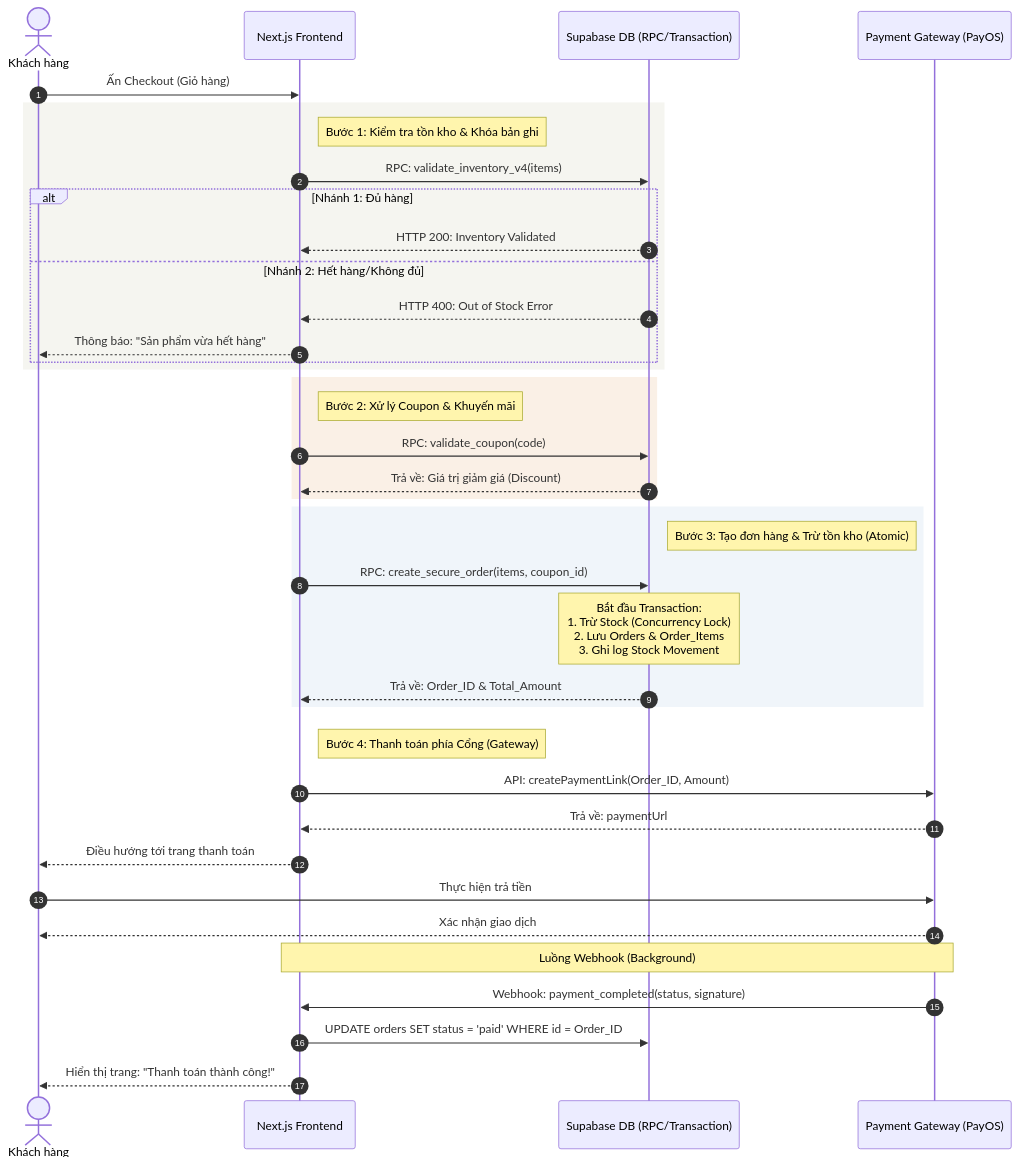
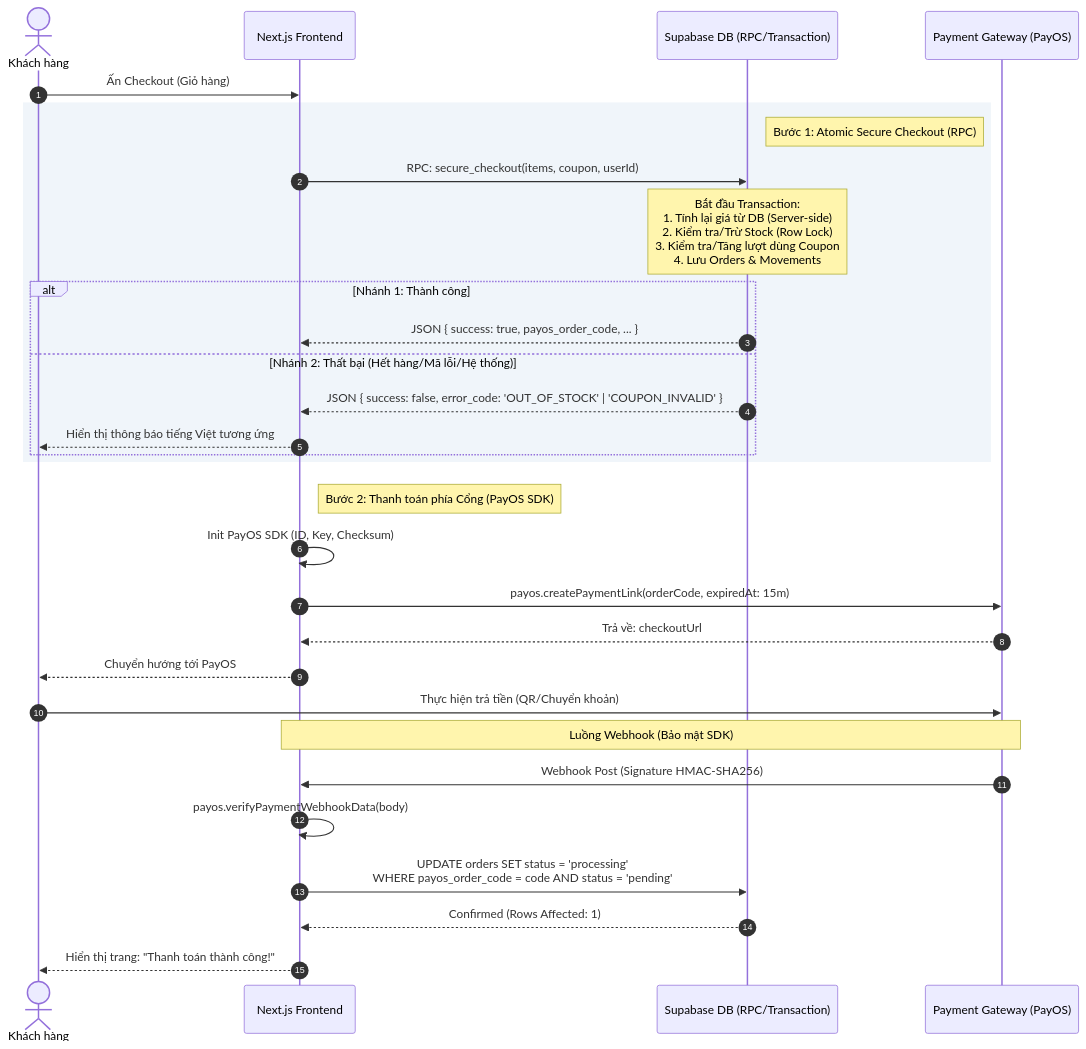
Before and after one commit to quan8897/Niee8: the diagram in docs_brain/checkout_sequence_diagram.md, drawn with Mermaid. The commit also changed other lines of this file and 8 other files, not shown here.

````diff
--- a/docs_brain/checkout_sequence_diagram.md
+++ b/docs_brain/checkout_sequence_diagram.md
@@ -5,51 +5,41 @@
 ```mermaid
 sequenceDiagram
     autonumber
     actor Customer as Khách hàng
     participant FE as Next.js Frontend
     participant DB as Supabase DB (RPC/Transaction)
     participant PG as Payment Gateway (PayOS)
 
     Customer->>FE: Ấn Checkout (Giỏ hàng)
     
-    rect rgb(245, 245, 240)
-        Note right of FE: Bước 1: Kiểm tra tồn kho & Khóa bản ghi
-        FE->>DB: RPC: validate_inventory_v4(items)
+    rect rgb(240, 245, 250)
+        Note right of DB: Bước 1: Atomic Secure Checkout (RPC)
+        FE->>DB: RPC: secure_checkout(items, coupon, userId)
+        Note over DB: Bắt đầu Transaction:<br/>1. Tính lại giá từ DB (Server-side)<br/>2. Kiểm tra/Trừ Stock (Row Lock)<br/>3. Kiểm tra/Tăng lượt dùng Coupon<br/>4. Lưu Orders & Movements
         
-        alt Nhánh 1: Đủ hàng
-            DB-->>FE: HTTP 200: Inventory Validated
-        else Nhánh 2: Hết hàng/Không đủ
-            DB-->>FE: HTTP 400: Out of Stock Error
-            FE-->>Customer: Thông báo: "Sản phẩm vừa hết hàng"
+        alt Nhánh 1: Thành công
+            DB-->>FE: JSON { success: true, payos_order_code, ... }
+        else Nhánh 2: Thất bại (Hết hàng/Mã lỗi/Hệ thống)
+            DB-->>FE: JSON { success: false, error_code: 'OUT_OF_STOCK' | 'COUPON_INVALID' }
+            FE-->>Customer: Hiển thị thông báo tiếng Việt tương ứng
         end
     end
 
-    rect rgb(250, 240, 230)
-        Note right of FE: Bước 2: Xử lý Coupon & Khuyến mãi
-        FE->>DB: RPC: validate_coupon(code)
-        DB-->>FE: Trả về: Giá trị giảm giá (Discount)
-    end
-
-    rect rgb(240, 245, 250)
-        Note right of DB: Bước 3: Tạo đơn hàng & Trừ tồn kho (Atomic)
-        FE->>DB: RPC: create_secure_order(items, coupon_id)
-        Note over DB: Bắt đầu Transaction:<br/>1. Trừ Stock (Concurrency Lock)<br/>2. Lưu Orders & Order_Items<br/>3. Ghi log Stock Movement
-        DB-->>FE: Trả về: Order_ID & Total_Amount
-    end
-
     rect rgb(255, 255, 255)
-        Note right of FE: Bước 4: Thanh toán phía Cổng (Gateway)
-        FE->>PG: API: createPaymentLink(Order_ID, Amount)
-        PG-->>FE: Trả về: paymentUrl
-        FE-->>Customer: Điều hướng tới trang thanh toán
+        Note right of FE: Bước 2: Thanh toán phía Cổng (PayOS SDK)
+        FE->>FE: Init PayOS SDK (ID, Key, Checksum)
+        FE->>PG: payos.createPaymentLink(orderCode, expiredAt: 15m)
+        PG-->>FE: Trả về: checkoutUrl
+        FE-->>Customer: Chuyển hướng tới PayOS
         
-        Customer->>PG: Thực hiện trả tiền
-        PG-->>Customer: Xác nhận giao dịch
+        Customer->>PG: Thực hiện trả tiền (QR/Chuyển khoản)
         
-        Note over PG, FE: Luồng Webhook (Background)
-        PG->>FE: Webhook: payment_completed(status, signature)
-        FE->>DB: UPDATE orders SET status = 'paid' WHERE id = Order_ID
+        Note over PG, FE: Luồng Webhook (Bảo mật SDK)
+        PG->>FE: Webhook Post (Signature HMAC-SHA256)
+        FE->>FE: payos.verifyPaymentWebhookData(body)
+        FE->>DB: UPDATE orders SET status = 'processing' <br/>WHERE payos_order_code = code AND status = 'pending'
+        DB-->>FE: Confirmed (Rows Affected: 1)
     end
 
     FE-->>Customer: Hiển thị trang: "Thanh toán thành công!"
 ```
````
